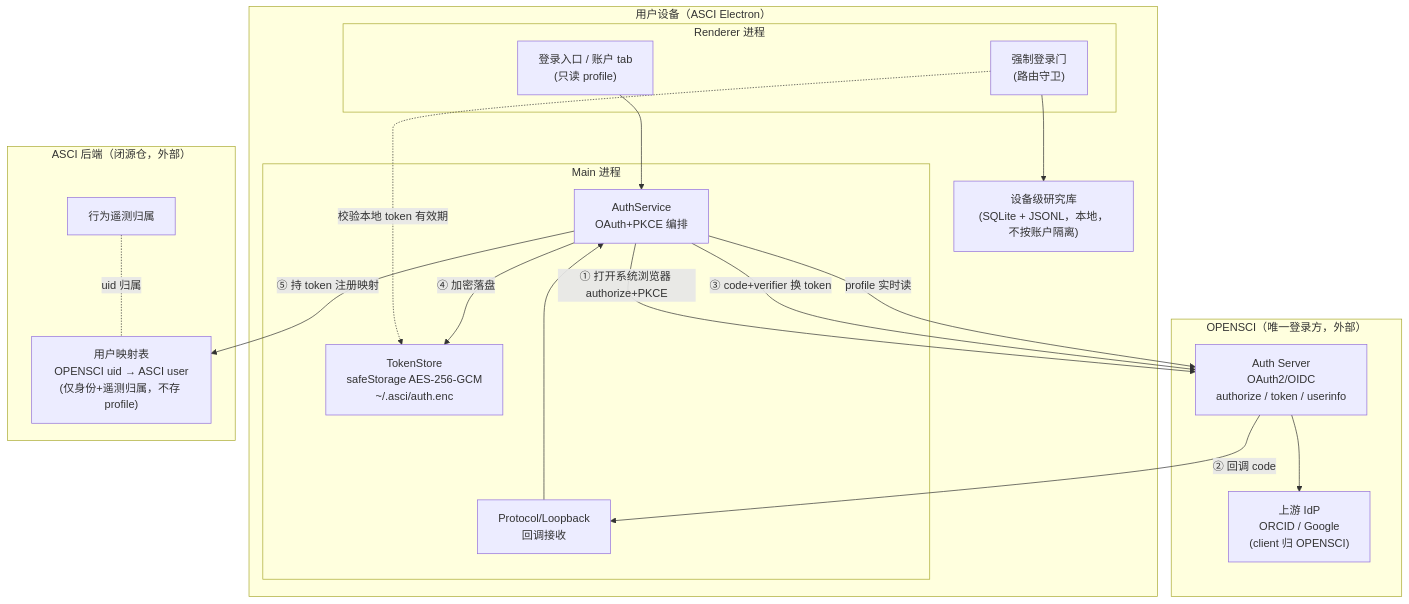
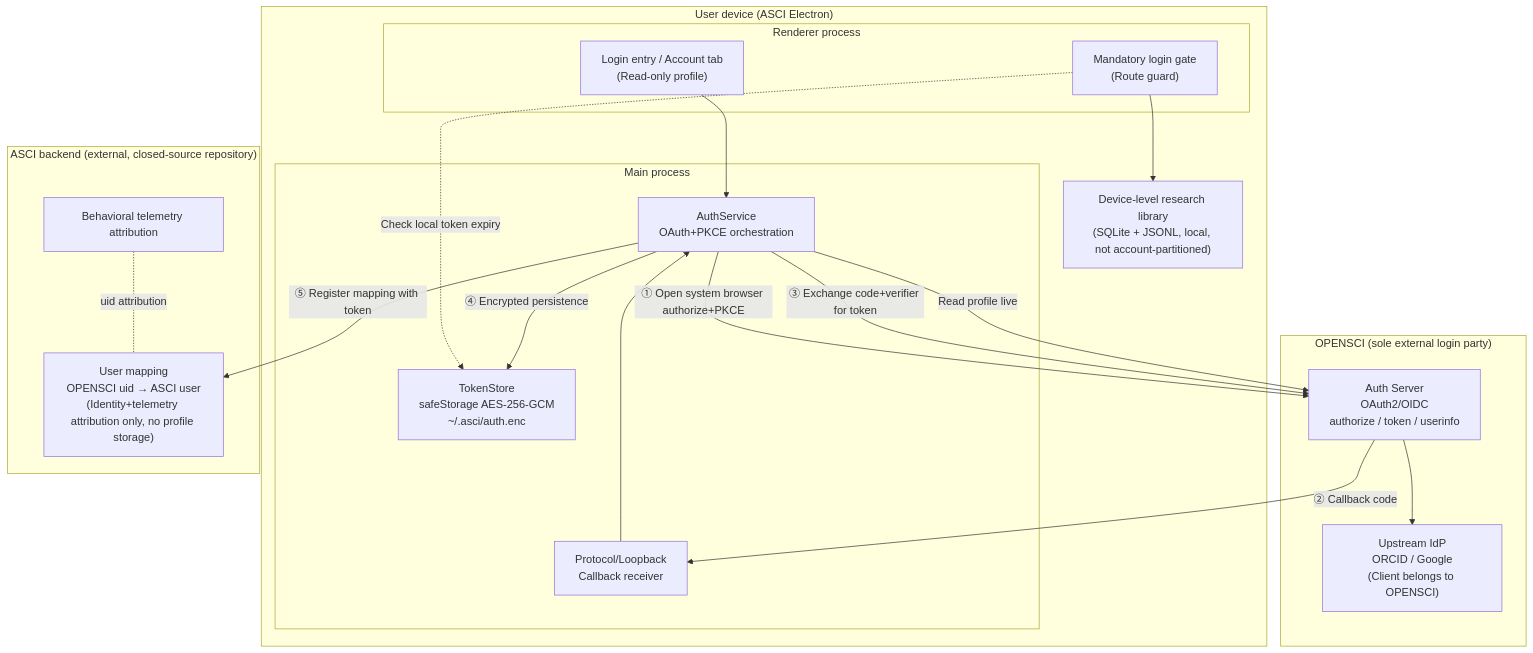
The first of 4 diagrams in docs/specs/0.3.0/account-oauth-arch-spec.md (SimmonJ-WYJ/tinker), drawn with Mermaid before and after one commit. The commit also changed other lines of this file and 216 other files, not shown here.

````diff
--- a/docs/specs/0.3.0/account-oauth-arch-spec.md
+++ b/docs/specs/0.3.0/account-oauth-arch-spec.md
@@ -30,38 +40,38 @@
 ```mermaid
 graph TB
-    subgraph Device["用户设备（ASCI Electron）"]
-        subgraph Renderer["Renderer 进程"]
-            UI["登录入口 / 账户 tab<br/>(只读 profile)"]
-            Guard["强制登录门<br/>(路由守卫)"]
+    subgraph Device["User device (ASCI Electron)"]
+        subgraph Renderer["Renderer process"]
+            UI["Login entry / Account tab<br/>(Read-only profile)"]
+            Guard["Mandatory login gate<br/>(Route guard)"]
         end
-        subgraph Main["Main 进程"]
-            AuthSvc["AuthService<br/>OAuth+PKCE 编排"]
+        subgraph Main["Main process"]
+            AuthSvc["AuthService<br/>OAuth+PKCE orchestration"]
             TokenStore["TokenStore<br/>safeStorage AES-256-GCM<br/>~/.asci/auth.enc"]
-            Proto["Protocol/Loopback<br/>回调接收"]
+            Proto["Protocol/Loopback<br/>Callback receiver"]
         end
-        LocalDB["设备级研究库<br/>(SQLite + JSONL，本地，不按账户隔离)"]
+        LocalDB["Device-level research library<br/>(SQLite + JSONL, local, not account-partitioned)"]
     end
 
-    subgraph OPENSCI["OPENSCI（唯一登录方，外部）"]
+    subgraph OPENSCI["OPENSCI (sole external login party)"]
         Auth["Auth Server<br/>OAuth2/OIDC<br/>authorize / token / userinfo"]
-        IdP["上游 IdP<br/>ORCID / Google<br/>(client 归 OPENSCI)"]
+        IdP["Upstream IdP<br/>ORCID / Google<br/>(Client belongs to OPENSCI)"]
     end
 
-    subgraph ASCIBackend["ASCI 后端（闭源仓，外部）"]
-        Map["用户映射表<br/>OPENSCI uid → ASCI user<br/>(仅身份+遥测归属，不存 profile)"]
-        Telemetry["行为遥测归属"]
+    subgraph ASCIBackend["ASCI backend (external, closed-source repository)"]
+        Map["User mapping<br/>OPENSCI uid → ASCI user<br/>(Identity+telemetry attribution only, no profile storage)"]
+        Telemetry["Behavioral telemetry attribution"]
     end
 
     UI --> AuthSvc
-    Guard -. "校验本地 token 有效期" .-> TokenStore
-    AuthSvc -->|"① 打开系统浏览器 authorize+PKCE"| Auth
+    Guard -. "Check local token expiry" .-> TokenStore
+    AuthSvc -->|"① Open system browser authorize+PKCE"| Auth
     Auth --> IdP
-    Auth -->|"② 回调 code"| Proto
+    Auth -->|"② Callback code"| Proto
     Proto --> AuthSvc
-    AuthSvc -->|"③ code+verifier 换 token"| Auth
-    AuthSvc -->|"④ 加密落盘"| TokenStore
-    AuthSvc -->|"⑤ 持 token 注册映射"| Map
-    AuthSvc -->|"profile 实时读"| Auth
+    AuthSvc -->|"③ Exchange code+verifier for token"| Auth
+    AuthSvc -->|"④ Encrypted persistence"| TokenStore
+    AuthSvc -->|"⑤ Register mapping with token"| Map
+    AuthSvc -->|"Read profile live"| Auth
     Guard --> LocalDB
-    Telemetry -. "uid 归属" .- Map
+    Telemetry -. "uid attribution" .- Map
 ```
````
